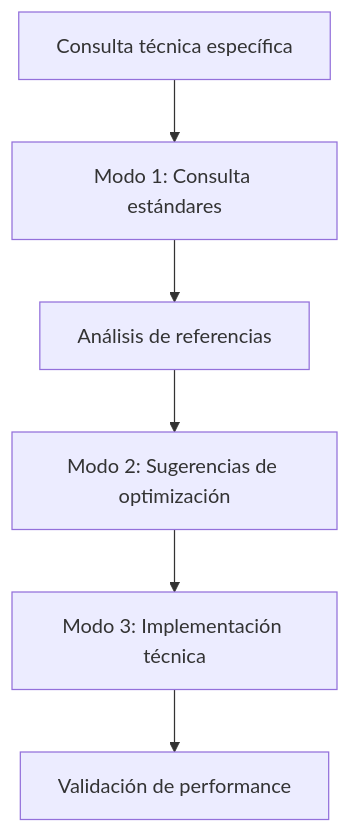
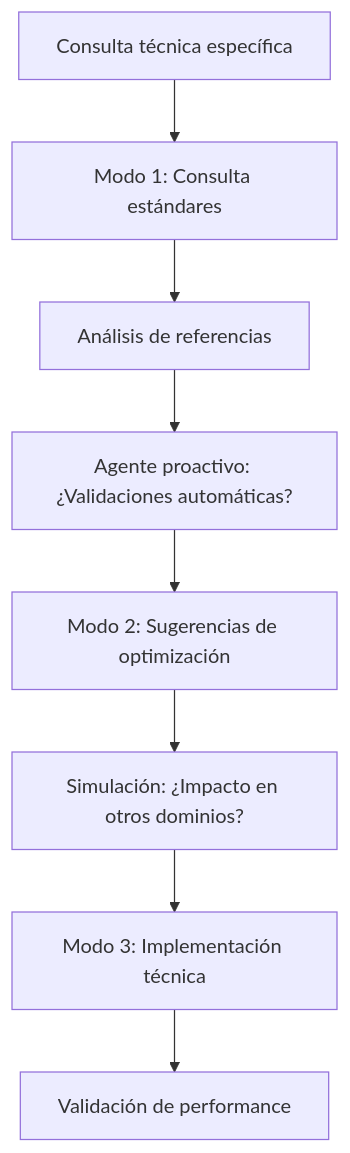
Before and after one commit to DungeonMoore/DungeonLifeAgent: the ninth of 9 diagrams in Documentacion/07_Guia_Usuario.md, drawn with Mermaid. The commit also changed other lines of this file and 16 other files, not shown here.

````diff
--- a/Documentacion/07_Guia_Usuario.md
+++ b/Documentacion/07_Guia_Usuario.md
@@ -631,8 +923,10 @@
 ```mermaid
 graph TD
     A[Consulta técnica específica] --> B[Modo 1: Consulta estándares]
     B --> C[Análisis de referencias]
-    C --> D[Modo 2: Sugerencias de optimización]
-    D --> E[Modo 3: Implementación técnica]
-    E --> F[Validación de performance]
+    C --> D[Agente proactivo: ¿Validaciones automáticas?]
+    D --> E[Modo 2: Sugerencias de optimización]
+    E --> F[Simulación: ¿Impacto en otros dominios?]
+    F --> G[Modo 3: Implementación técnica]
+    G --> H[Validación de performance]
 ```
````
